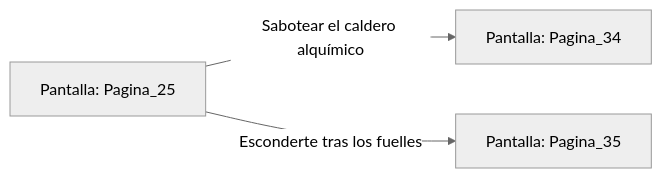
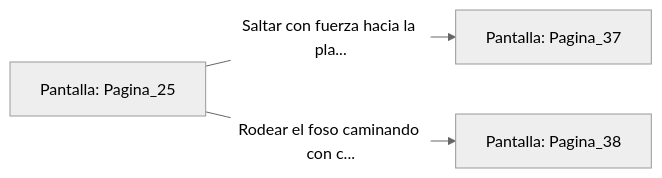
The diagram in sample/eligejuego-vault/Pantalla_Pagina_25.md (metsuke/mpl), drawn with Mermaid (neutral theme) before and after one commit. The commit also changed other lines of this file and 635 other files, not shown here.

First line of the commit message:
fix: añadir Pagina_1 como pantalla inicial en capitulo_01.mpl

````diff
--- a/sample/eligejuego-vault/Pantalla_Pagina_25.md
+++ b/sample/eligejuego-vault/Pantalla_Pagina_25.md
@@ -17,6 +24,6 @@
 ```mermaid
 graph LR
     P_Pagina_25["Pantalla: Pagina_25"]
-    P_Pagina_25 -->|"Sabotear el caldero alquímico"| P_Pagina_34["Pantalla: Pagina_34"]
-    P_Pagina_25 -->|"Esconderte tras los fuelles"| P_Pagina_35["Pantalla: Pagina_35"]
+    P_Pagina_25 -->|"Saltar con fuerza hacia la pla..."| P_Pagina_37["Pantalla: Pagina_37"]
+    P_Pagina_25 -->|"Rodear el foso caminando con c..."| P_Pagina_38["Pantalla: Pagina_38"]
 ```
````
